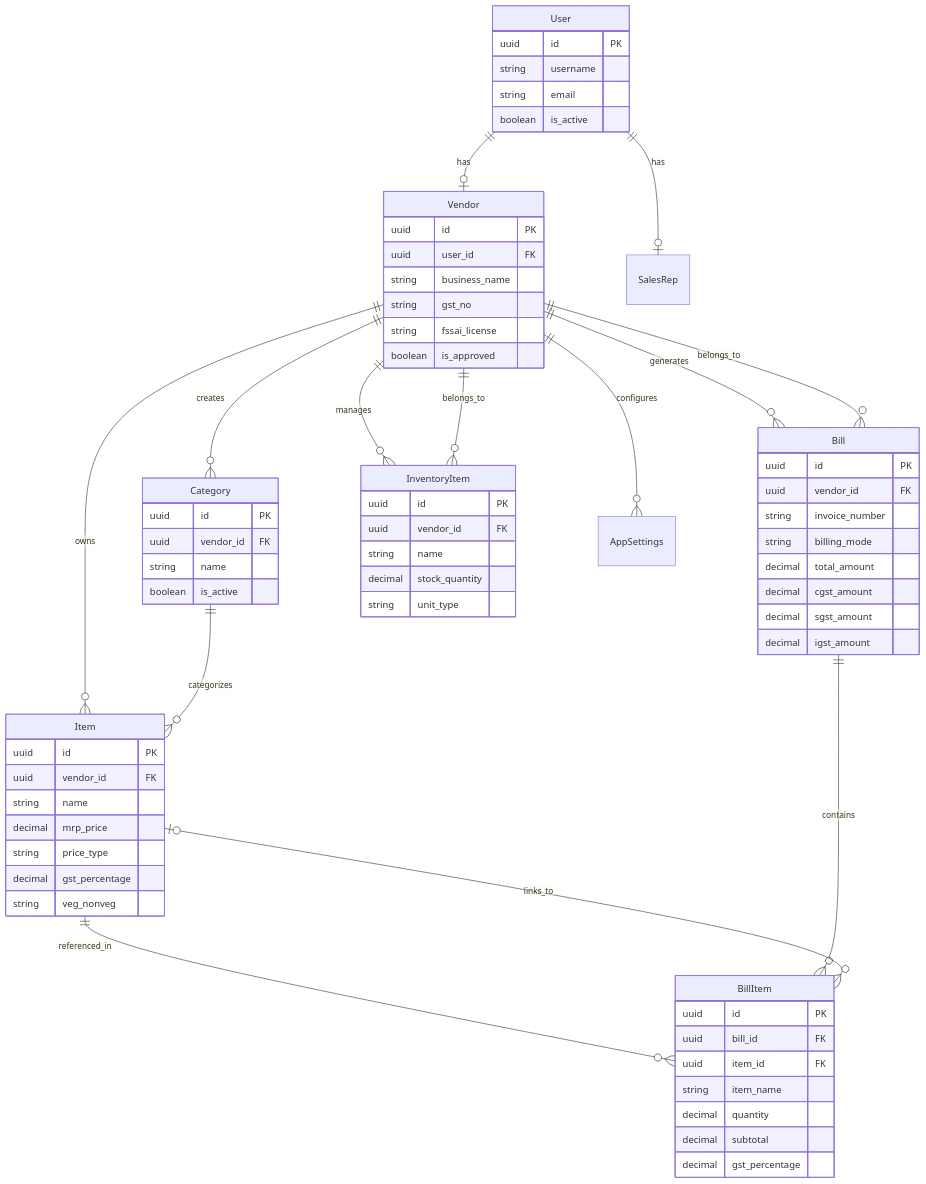
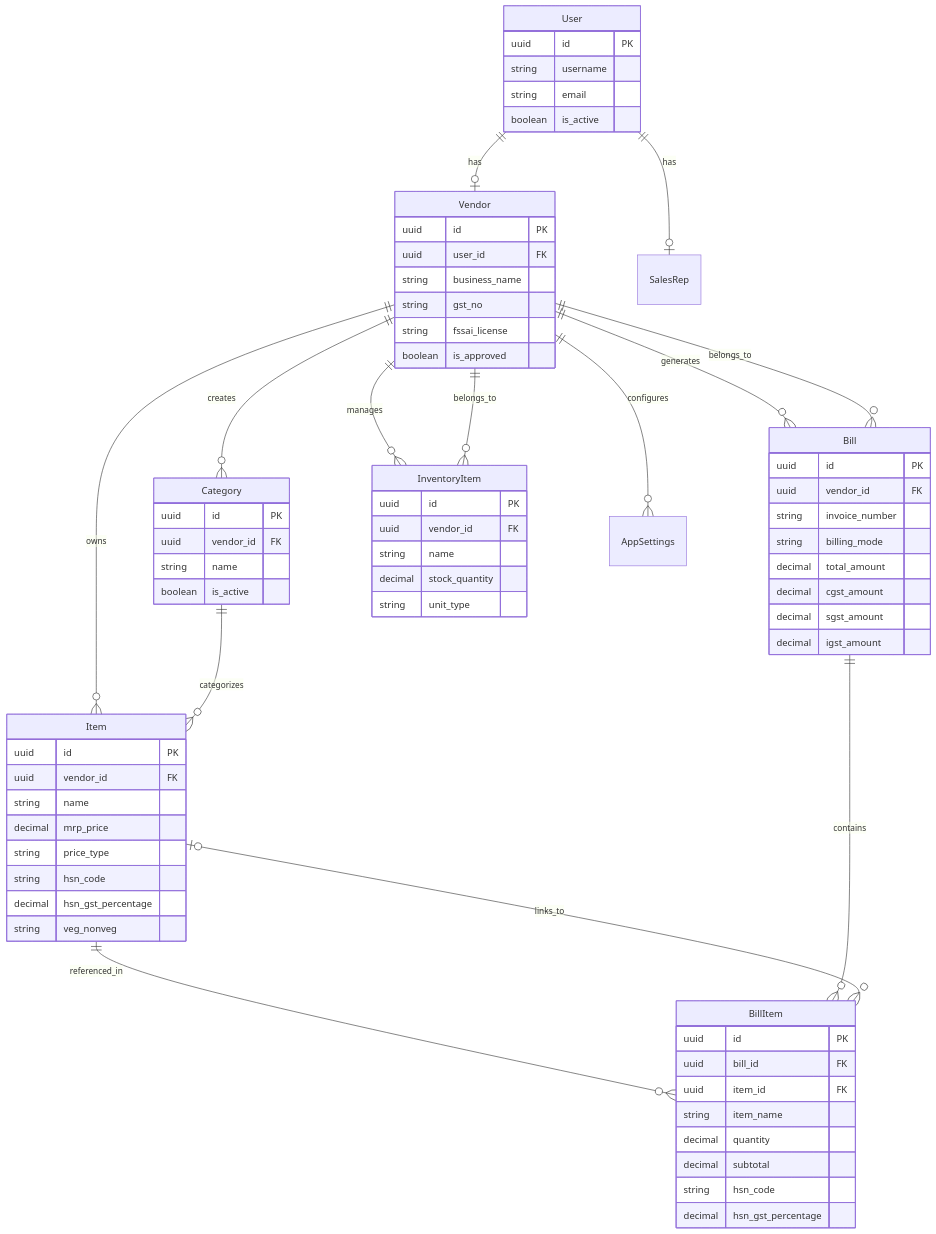
Before and after one commit to trenztechno/pos-backend: the third of 5 diagrams in README.md, drawn with Mermaid. The commit also changed other lines of this file and 24 other files, not shown here.

```diff
--- a/README.md
+++ b/README.md
@@ -244,7 +244,8 @@
         string name
         decimal mrp_price
         string price_type
-        decimal gst_percentage
+        string hsn_code
+        decimal hsn_gst_percentage
         string veg_nonveg
     }
     
@@ -273,7 +274,8 @@
         string item_name
         decimal quantity
         decimal subtotal
-        decimal gst_percentage
+        string hsn_code
+        decimal hsn_gst_percentage
     }
     
     InventoryItem {
```
